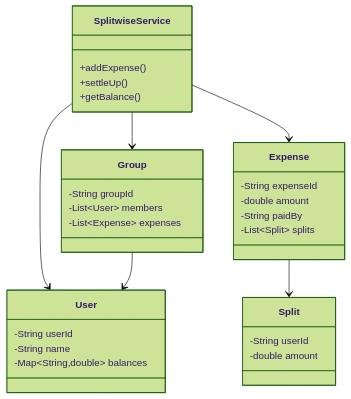
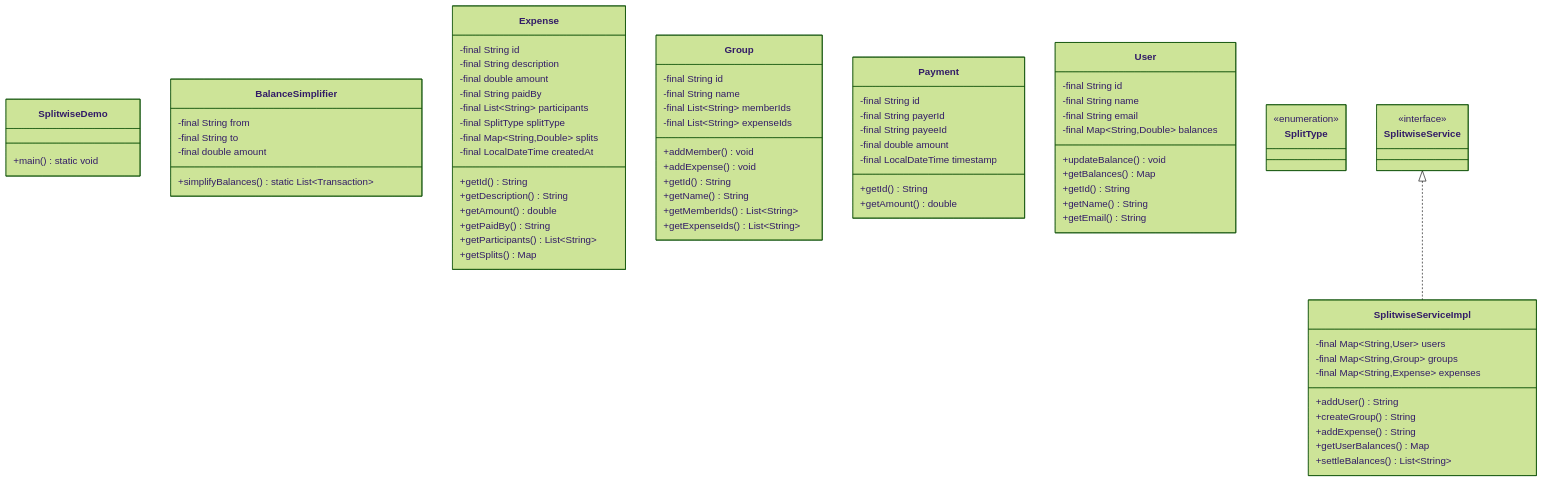
The diagram in docs/problems/splitwise/README.md (dlkr18/lld-playbook), drawn with Mermaid (forest theme) before and after one commit. The commit also changed 131 other files, not shown here.

First line of the commit message:
feat: regenerate all class diagrams with comprehensive Java-based models

````diff
--- a/docs/problems/splitwise/README.md
+++ b/docs/problems/splitwise/README.md
@@ -77,33 +77,85 @@
 ```mermaid
 classDiagram
+
+    class SplitwiseDemo {
+        +main() static void
+    }
+
+    class SplitwiseServiceImpl {
+        -final Map~String,User~ users
+        -final Map~String,Group~ groups
+        -final Map~String,Expense~ expenses
+        +addUser() String
+        +createGroup() String
+        +addExpense() String
+        +getUserBalances() Map<String, Double>
+        +settleBalances() List~String~
+    }
+
+    class BalanceSimplifier {
+        -final String from
+        -final String to
+        -final double amount
+        +simplifyBalances() static List~Transaction~
+    }
+
+    class Expense {
+        -final String id
+        -final String description
+        -final double amount
+        -final String paidBy
+        -final List~String~ participants
+        -final SplitType splitType
+        -final Map~String,Double~ splits
+        -final LocalDateTime createdAt
+        +getId() String
+        +getDescription() String
+        +getAmount() double
+        +getPaidBy() String
+        +getParticipants() List~String~
+        +getSplits() Map<String, Double>
+    }
+
+    class Group {
+        -final String id
+        -final String name
+        -final List~String~ memberIds
+        -final List~String~ expenseIds
+        +addMember() void
+        +addExpense() void
+        +getId() String
+        +getName() String
+        +getMemberIds() List~String~
+        +getExpenseIds() List~String~
+    }
+
+    class Payment {
+        -final String id
+        -final String payerId
+        -final String payeeId
+        -final double amount
+        -final LocalDateTime timestamp
+        +getId() String
+        +getAmount() double
+    }
+
     class User {
-        -String userId
-        -String name
-        -Map~String,double~ balances
+        -final String id
+        -final String name
+        -final String email
+        -final Map~String,Double~ balances
+        +updateBalance() void
+        +getBalances() Map<String, Double>
+        +getId() String
+        +getName() String
+        +getEmail() String
     }
-    class Expense {
-        -String expenseId
-        -double amount
-        -String paidBy
-        -List~Split~ splits
-    }
-    class Split {
-        -String userId
-        -double amount
-    }
-    class Group {
-        -String groupId
-        -List~User~ members
-        -List~Expense~ expenses
-    }
-    class SplitwiseService {
-        +addExpense()
-        +settleUp()
-        +getBalance()
-    }
-    SplitwiseService --> User
-    SplitwiseService --> Expense
-    SplitwiseService --> Group
-    Expense --> Split
-    Group --> User
+
+    class SplitType
+    <<enumeration>> SplitType
+
+    class SplitwiseService
+    <<interface>> SplitwiseService
+
+    SplitwiseService <|.. SplitwiseServiceImpl
 ```
````
